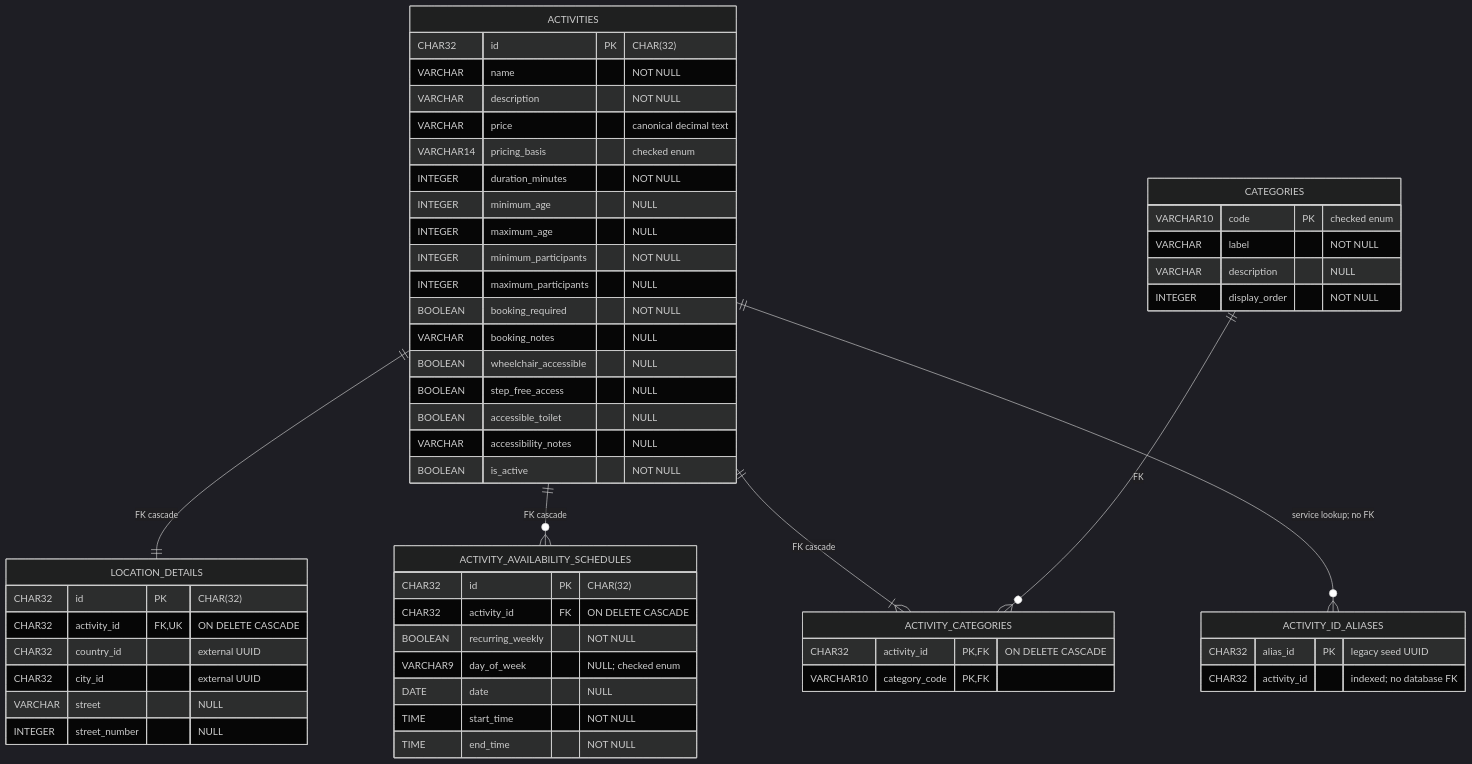
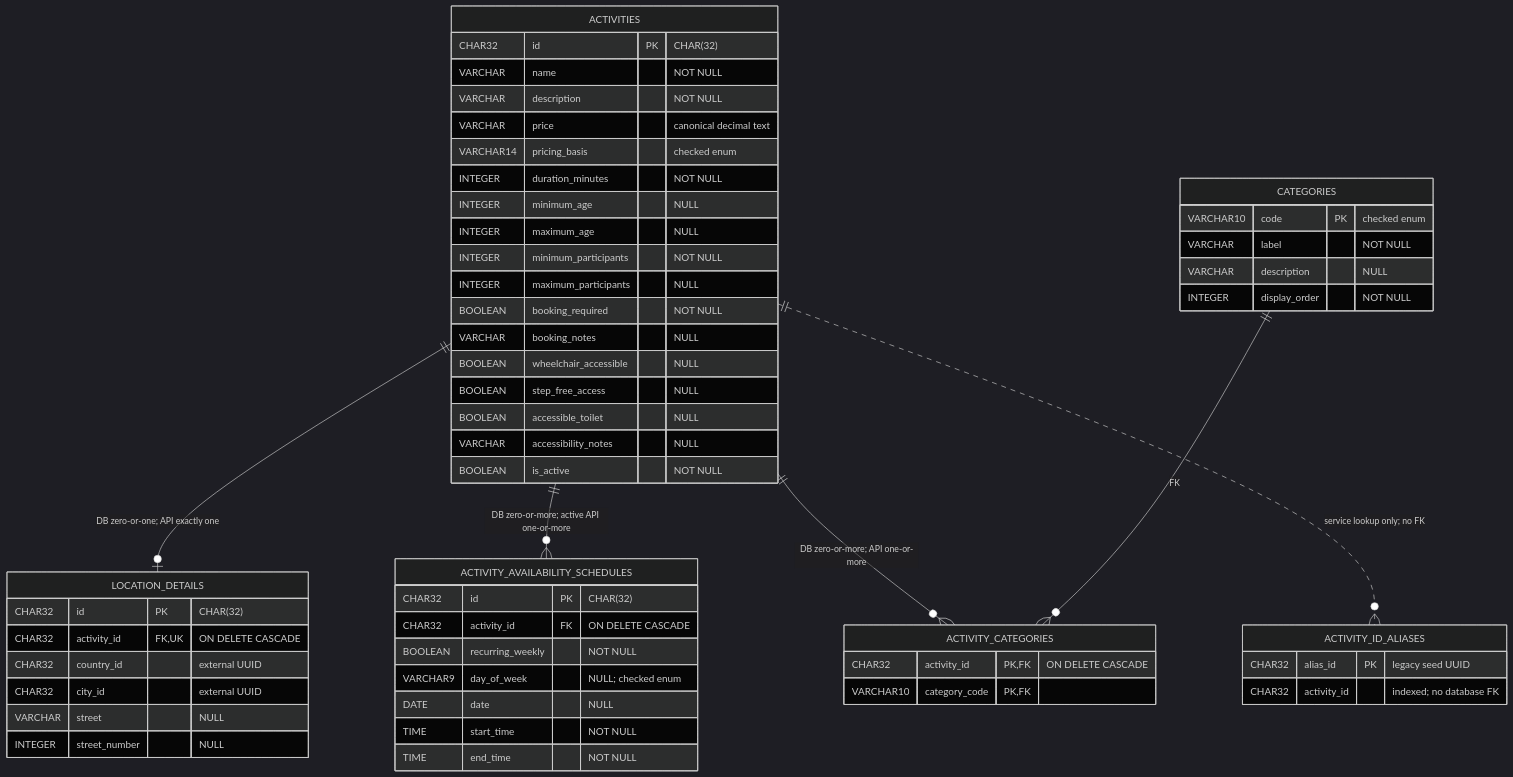
The diagram in docs/reports/release-0/Student4/DataDesign/physical.md (JulianKirk/TripGenie), drawn with Mermaid (dark theme) before and after one commit. The commit also changed other lines of this file and 3 other files, not shown here.

Commit message:
docs: clarify Student 4 diagram cardinalities

````diff
--- a/docs/reports/release-0/Student4/DataDesign/physical.md
+++ b/docs/reports/release-0/Student4/DataDesign/physical.md
@@ -10,64 +10,64 @@
 ```mermaid
 erDiagram
-    ACTIVITIES ||--|| LOCATION_DETAILS : "FK cascade"
-    ACTIVITIES ||--o{ ACTIVITY_AVAILABILITY_SCHEDULES : "FK cascade"
-    ACTIVITIES ||--|{ ACTIVITY_CATEGORIES : "FK cascade"
+    ACTIVITIES ||--o| LOCATION_DETAILS : "DB zero-or-one; API exactly one"
+    ACTIVITIES ||--o{ ACTIVITY_AVAILABILITY_SCHEDULES : "DB zero-or-more; active API one-or-more"
+    ACTIVITIES ||--o{ ACTIVITY_CATEGORIES : "DB zero-or-more; API one-or-more"
     CATEGORIES ||--o{ ACTIVITY_CATEGORIES : "FK"
-    ACTIVITIES ||--o{ ACTIVITY_ID_ALIASES : "service lookup; no FK"
+    ACTIVITIES ||..o{ ACTIVITY_ID_ALIASES : "service lookup only; no FK"
 
     ACTIVITIES {
         CHAR32 id PK "CHAR(32)"
         VARCHAR name "NOT NULL"
         VARCHAR description "NOT NULL"
         VARCHAR price "canonical decimal text"
         VARCHAR14 pricing_basis "checked enum"
         INTEGER duration_minutes "NOT NULL"
         INTEGER minimum_age "NULL"
         INTEGER maximum_age "NULL"
         INTEGER minimum_participants "NOT NULL"
         INTEGER maximum_participants "NULL"
         BOOLEAN booking_required "NOT NULL"
         VARCHAR booking_notes "NULL"
         BOOLEAN wheelchair_accessible "NULL"
         BOOLEAN step_free_access "NULL"
         BOOLEAN accessible_toilet "NULL"
         VARCHAR accessibility_notes "NULL"
         BOOLEAN is_active "NOT NULL"
     }
 
     LOCATION_DETAILS {
         CHAR32 id PK "CHAR(32)"
         CHAR32 activity_id FK,UK "ON DELETE CASCADE"
         CHAR32 country_id "external UUID"
         CHAR32 city_id "external UUID"
         VARCHAR street "NULL"
         INTEGER street_number "NULL"
     }
 
     CATEGORIES {
         VARCHAR10 code PK "checked enum"
         VARCHAR label "NOT NULL"
         VARCHAR description "NULL"
         INTEGER display_order "NOT NULL"
     }
 
     ACTIVITY_CATEGORIES {
         CHAR32 activity_id PK,FK "ON DELETE CASCADE"
         VARCHAR10 category_code PK,FK
     }
 
     ACTIVITY_AVAILABILITY_SCHEDULES {
         CHAR32 id PK "CHAR(32)"
         CHAR32 activity_id FK "ON DELETE CASCADE"
         BOOLEAN recurring_weekly "NOT NULL"
         VARCHAR9 day_of_week "NULL; checked enum"
         DATE date "NULL"
         TIME start_time "NOT NULL"
         TIME end_time "NOT NULL"
     }
 
     ACTIVITY_ID_ALIASES {
         CHAR32 alias_id PK "legacy seed UUID"
         CHAR32 activity_id "indexed; no database FK"
     }
 ```
````
